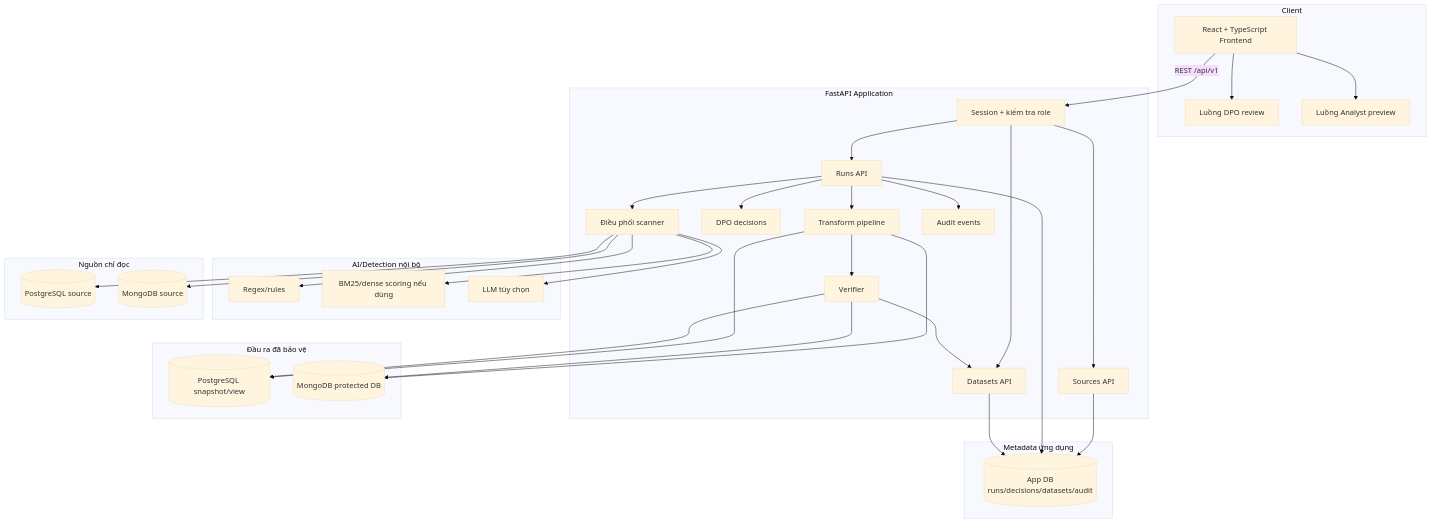
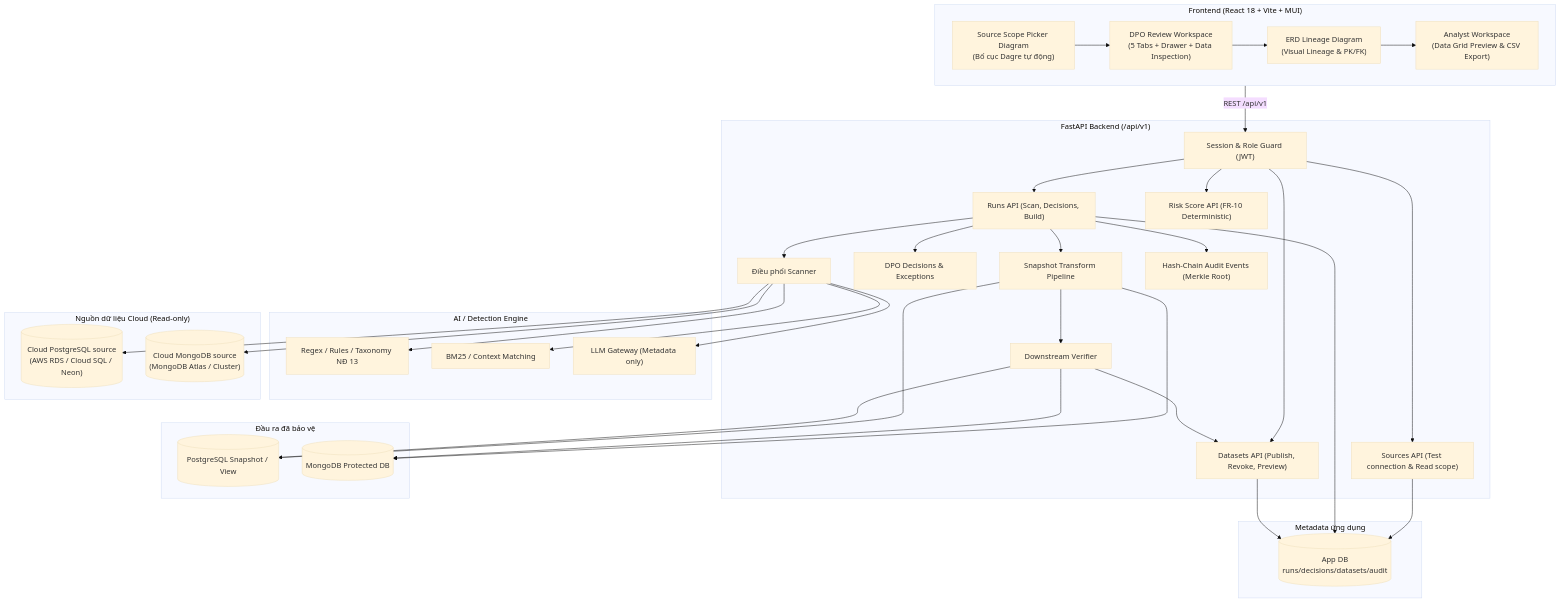
One commit to tlong1610/PII_Masking changed the first of 2 diagrams in ARCHITECTURE.md. Above: the diagram before and after it, drawn with Mermaid (base theme). The commit also changed other lines of this file and 38 other files, not shown here.

````diff
--- a/ARCHITECTURE.md
+++ b/ARCHITECTURE.md
@@ -25,65 +25,69 @@
 ```mermaid
 flowchart TB
-    subgraph Client[Client]
-        FE[React + TypeScript Frontend]
-        DPO_UI[Luồng DPO review]
-        ANA_UI[Luồng Analyst preview]
-        FE --> DPO_UI
-        FE --> ANA_UI
+    subgraph Client["Frontend (React 18 + Vite + MUI)"]
+        SCOPE_PICKER["Source Scope Picker Diagram<br/>(Bố cục Dagre tự động)"]
+        DPO_UI["DPO Review Workspace<br/>(5 Tabs + Drawer + Data Inspection)"]
+        ERD_UI["ERD Lineage Diagram<br/>(Visual Lineage & PK/FK)"]
+        ANA_UI["Analyst Workspace<br/>(Data Grid Preview & CSV Export)"]
+        SCOPE_PICKER --> DPO_UI
+        DPO_UI --> ERD_UI
+        ERD_UI --> ANA_UI
     end
 
-    subgraph API[FastAPI Application]
-        AUTH[Session + kiểm tra role]
-        SOURCES[Sources API]
-        RUNS[Runs API]
-        DATASETS[Datasets API]
-        SCANNER[Điều phối scanner]
-        POLICY[DPO decisions]
-        TRANSFORM[Transform pipeline]
-        VERIFY[Verifier]
-        AUDIT[Audit events]
+    subgraph API["FastAPI Backend (/api/v1)"]
+        AUTH["Session & Role Guard (JWT)"]
+        SOURCES["Sources API (Test connection & Read scope)"]
+        RUNS["Runs API (Scan, Decisions, Build)"]
+        DATASETS["Datasets API (Publish, Revoke, Preview)"]
+        RISK["Risk Score API (FR-10 Deterministic)"]
+        SCANNER["Điều phối Scanner"]
+        POLICY["DPO Decisions & Exceptions"]
+        TRANSFORM["Snapshot Transform Pipeline"]
+        VERIFY["Downstream Verifier"]
+        AUDIT["Hash-Chain Audit Events (Merkle Root)"]
     end
 
-    subgraph Internal[AI/Detection nội bộ]
-        RULES[Regex/rules]
-        RETRIEVAL[BM25/dense scoring nếu dùng]
-        LLM[LLM tùy chọn]
+    subgraph Internal["AI / Detection Engine"]
+        RULES["Regex / Rules / Taxonomy NĐ 13"]
+        RETRIEVAL["BM25 / Context Matching"]
+        LLM["LLM Gateway (Metadata only)"]
     end
 
-    subgraph AppState[Metadata ứng dụng]
-        APPDB[(App DB<br/>runs/decisions/datasets/audit)]
+    subgraph AppState["Metadata ứng dụng"]
+        APPDB[("App DB<br/>runs/decisions/datasets/audit")]
     end
 
-    subgraph Sources[Nguồn chỉ đọc]
-        PG_SRC[(PostgreSQL source)]
-        MG_SRC[(MongoDB source)]
+    subgraph CloudSources["Nguồn dữ liệu Cloud (Read-only)"]
+        PG_SRC[("Cloud PostgreSQL source<br/>(AWS RDS / Cloud SQL / Neon)")]
+        MG_SRC[("Cloud MongoDB source<br/>(MongoDB Atlas / Cluster)")]
     end
 
-    subgraph Outputs[Đầu ra đã bảo vệ]
-        PG_OUT[(PostgreSQL snapshot/view)]
-        MG_OUT[(MongoDB protected DB)]
+    subgraph Outputs["Đầu ra đã bảo vệ"]
+        PG_OUT[("PostgreSQL Snapshot / View")]
+        MG_OUT[("MongoDB Protected DB")]
     end
 
-    FE -->|REST /api/v1| AUTH
+    Client -->|REST /api/v1| AUTH
     AUTH --> SOURCES
     AUTH --> RUNS
     AUTH --> DATASETS
+    AUTH --> RISK
     RUNS --> SCANNER
     SCANNER --> RULES
     SCANNER --> RETRIEVAL
     SCANNER --> LLM
     RUNS --> POLICY
     RUNS --> TRANSFORM
     TRANSFORM --> VERIFY
     VERIFY --> DATASETS
     RUNS --> AUDIT
     SOURCES --> APPDB
     RUNS --> APPDB
     DATASETS --> APPDB
     SCANNER --> PG_SRC
     SCANNER --> MG_SRC
     TRANSFORM --> PG_OUT
     TRANSFORM --> MG_OUT
     VERIFY --> PG_OUT
     VERIFY --> MG_OUT
 ```
````
